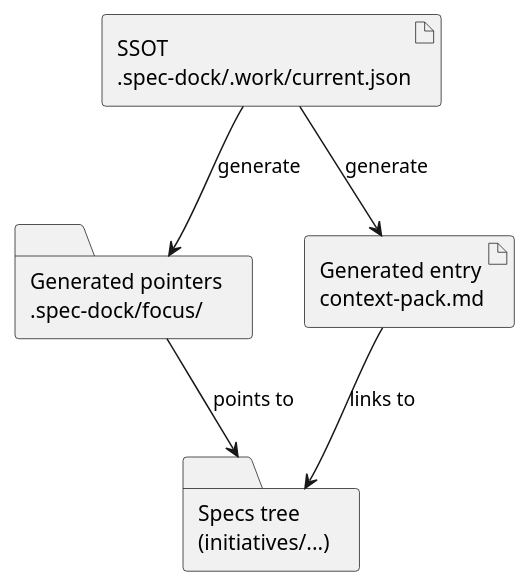
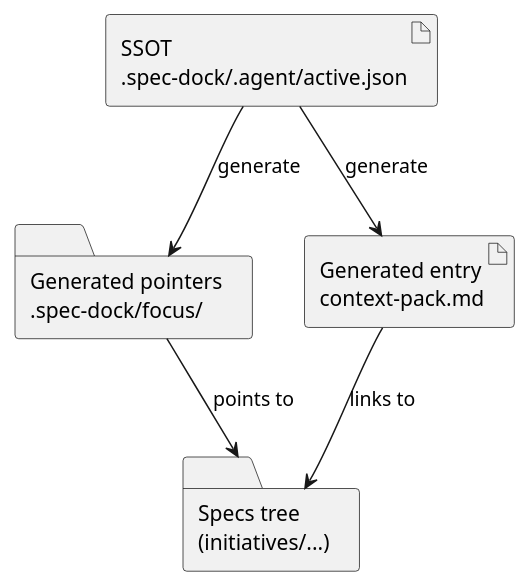
Before and after one commit to chemitaro/spec-dock: the diagram in docs/discussion-sheets/02_current_pointer_design.md, drawn with PlantUML. The commit also changed other lines of this file and 13 other files, not shown here.

Commit message:
chore: 生成状態を .agent に移行 - 純粋な SSOT/index/tree の書き出し先を`.spec-dock/.agent/`に変更し、旧`.work/`の遺物は読み込み後削除 - README/ドキュメント/スクリプト/テストを新しいディレクトリ構成と用語に合わせて更新

````diff
--- a/docs/discussion-sheets/02_current_pointer_design.md
+++ b/docs/discussion-sheets/02_current_pointer_design.md
@@ -186,15 +187,15 @@
 ```plantuml
 @startuml
 skinparam componentStyle rectangle
 
-artifact "SSOT\n.spec-dock/.work/current.json" as ssot
+artifact "SSOT\n.spec-dock/.agent/active.json" as ssot
 folder "Generated pointers\n.spec-dock/focus/" as focus
 artifact "Generated entry\ncontext-pack.md" as cp
 folder "Specs tree\n(initiatives/...)" as tree
 
 ssot --> focus : generate
 ssot --> cp : generate
 focus --> tree : points to
 cp --> tree : links to
 @enduml
 ```
````
